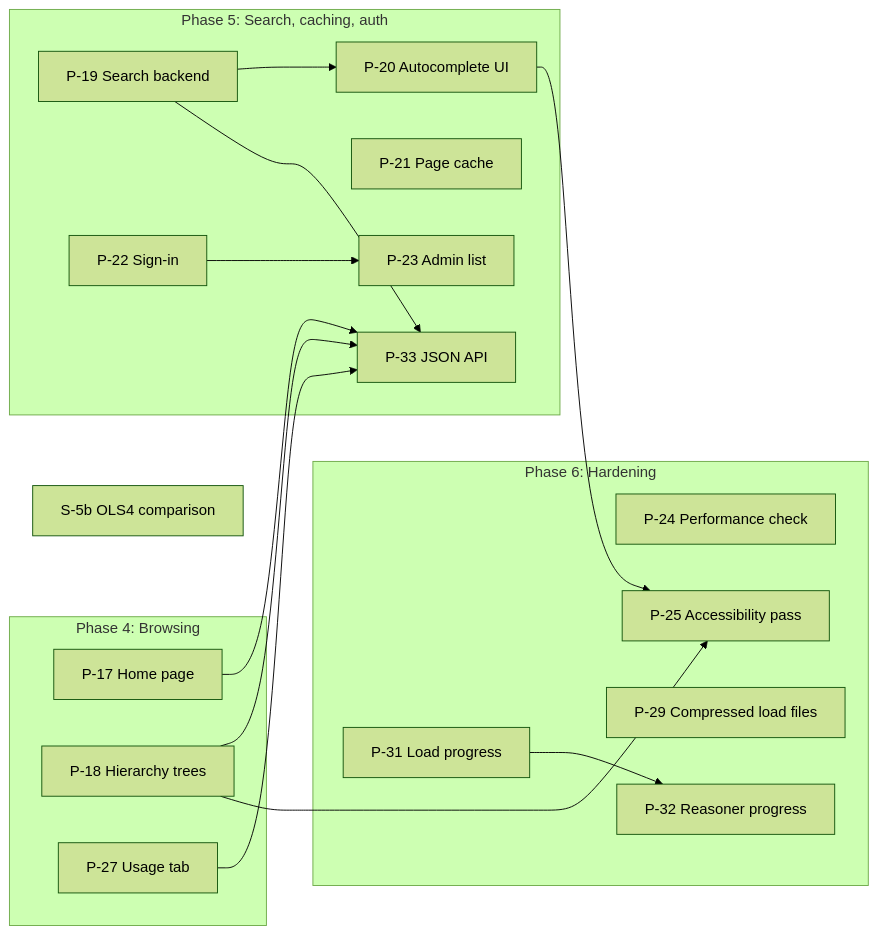
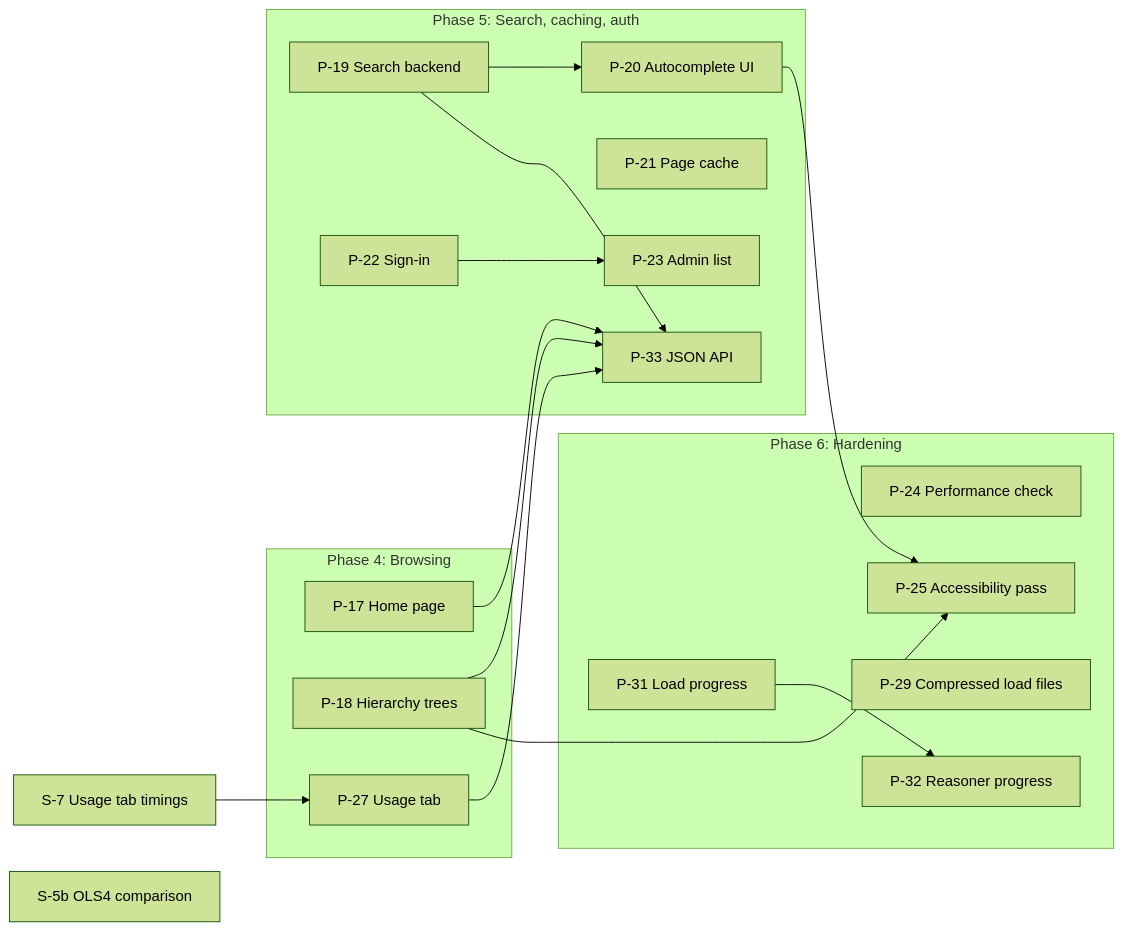
One commit to jclerman/browl changed the diagram in docs/DESIGN.md. Above: the diagram before and after it, drawn with Mermaid (forest theme). The commit also changed other lines of this file, not shown here.

First line of the commit message:
DESIGN.md: tentative P-27 Usage tab design; S-7 spike

````diff
--- a/docs/DESIGN.md
+++ b/docs/DESIGN.md
@@ -1322,30 +1345,32 @@
 ```mermaid
 flowchart LR
     subgraph P4["Phase 4: Browsing"]
         P17["P-17 Home page"]
         P18["P-18 Hierarchy trees"]
         P27["P-27 Usage tab"]
     end
+    S7["S-7 Usage tab timings"]
     subgraph P5["Phase 5: Search, caching, auth"]
         P19["P-19 Search backend"]
         P20["P-20 Autocomplete UI"]
         P21["P-21 Page cache"]
         P22["P-22 Sign-in"]
         P23["P-23 Admin list"]
         P33["P-33 JSON API"]
     end
     subgraph P6["Phase 6: Hardening"]
         P24["P-24 Performance check"]
         P25["P-25 Accessibility pass"]
         P29["P-29 Compressed load files"]
         P31["P-31 Load progress"]
         P32["P-32 Reasoner progress"]
     end
     S5b["S-5b OLS4 comparison"]
 
+    S7 --> P27
     P19 --> P20
     P17 & P18 & P19 & P27 --> P33
     P18 & P20 --> P25
     P22 --> P23
     P31 --> P32
 ```
````
